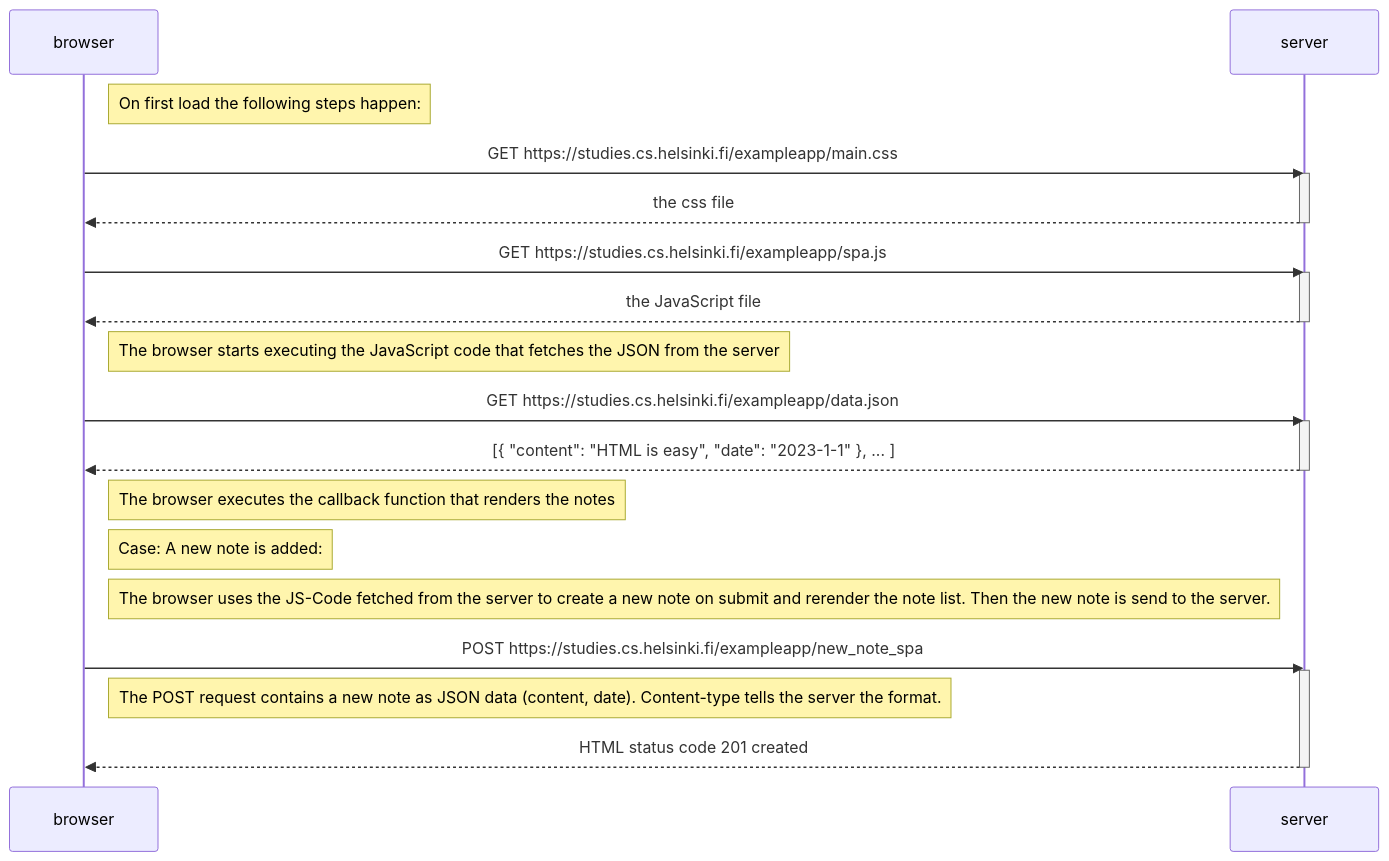
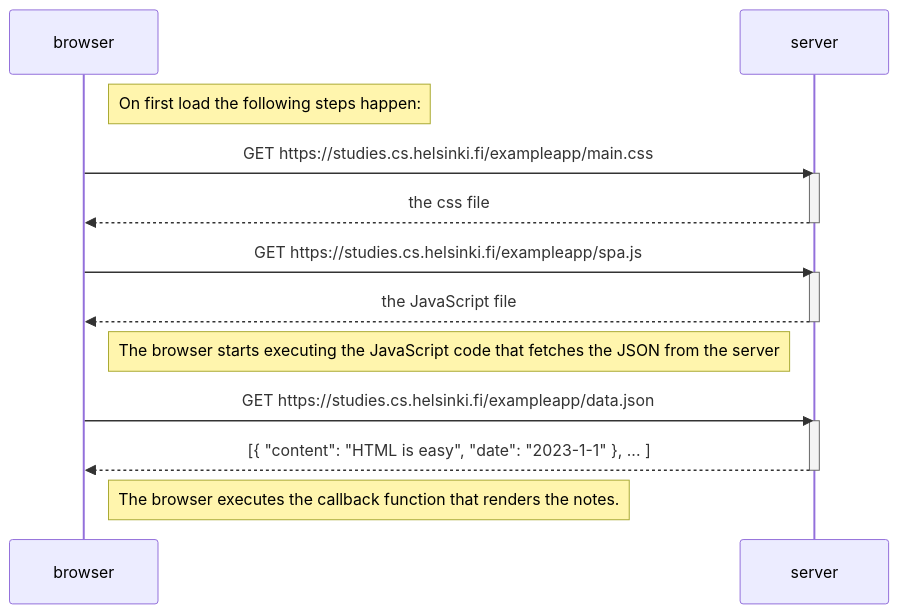
The diagram in part0/05_singlePageAppDiagramm.md (sarah-die/full-stack-open), drawn with Mermaid before and after one commit. The commit also changed 1 other file, not shown here.

Commit message:
changes to: 0.5: Single Page App diagramm 0.6: New note in SPA diagramm

````diff
--- a/part0/05_singlePageAppDiagramm.md
+++ b/part0/05_singlePageAppDiagramm.md
@@ -1,37 +1,27 @@
 ```mermaid
   sequenceDiagram
     participant browser
     participant server
     
     Note right of browser: On first load the following steps happen:
     
     browser->>server: GET https://studies.cs.helsinki.fi/exampleapp/main.css
     activate server
     server-->>browser: the css file
     deactivate server
 
     browser->>server: GET https://studies.cs.helsinki.fi/exampleapp/spa.js
     activate server
     server-->>browser: the JavaScript file
     deactivate server
 
     Note right of browser: The browser starts executing the JavaScript code that fetches the JSON from the server
 
     browser->>server: GET https://studies.cs.helsinki.fi/exampleapp/data.json
     activate server
     server-->>browser: [{ "content": "HTML is easy", "date": "2023-1-1" }, ... ]
     deactivate server
 
-    Note right of browser: The browser executes the callback function that renders the notes
-    Note right of browser: Case: A new note is added:
-    Note right of browser: The browser uses the JS-Code fetched from the server to create a new note on submit and rerender the note list. Then the new note is send to the server.
-
-    browser->>server: POST https://studies.cs.helsinki.fi/exampleapp/new_note_spa
-    activate server
-    
-    Note right of browser: The POST request contains a new note as JSON data (content, date). Content-type tells the server the format.
-
-    server-->>browser: HTML status code 201 created
-    deactivate server
+    Note right of browser: The browser executes the callback function that renders the notes.
     
 ```
````
